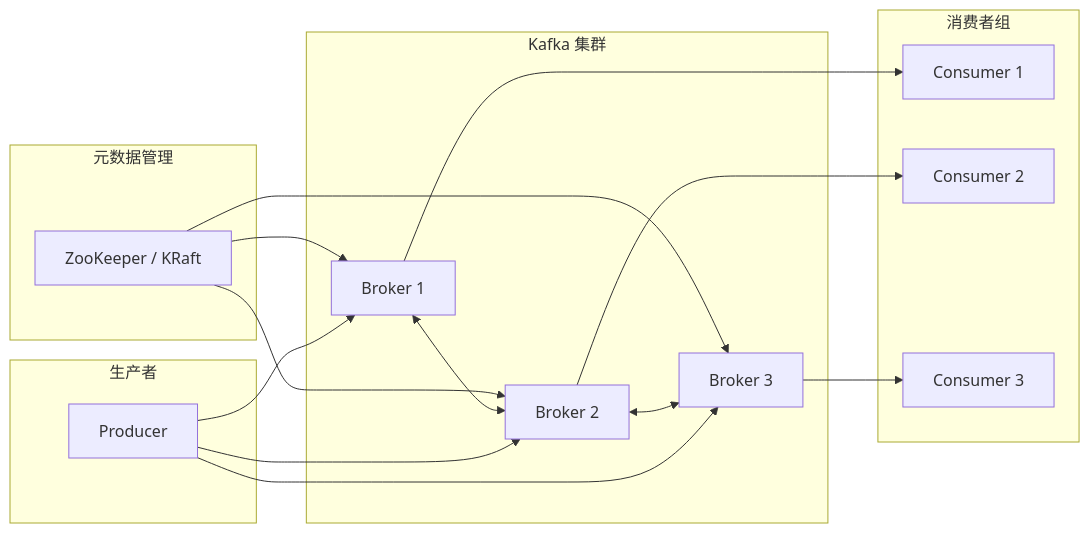
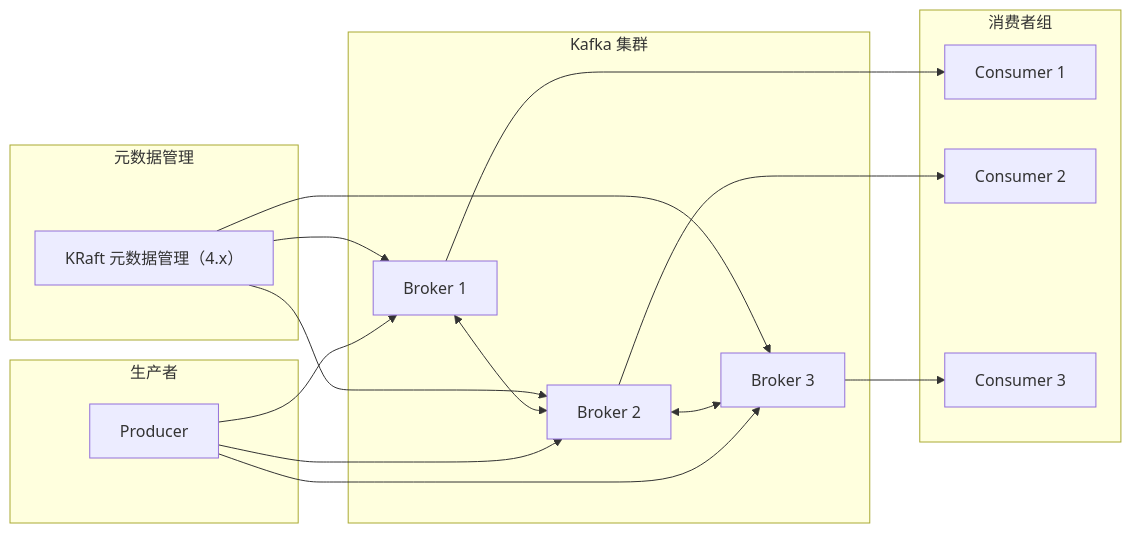
One commit to JingXu-Huan/learningnote changed the first of 11 diagrams in 技术栈/分布式与网络/微服务/消息队列/kafka-quickstart-章节/02-二、核心架构详解.md. Above: the diagram before and after it, drawn with Mermaid. The commit also changed other lines of this file and 13 other files, not shown here.

````diff
--- a/技术栈/分布式与网络/微服务/消息队列/kafka-quickstart-章节/02-二、核心架构详解.md
+++ b/技术栈/分布式与网络/微服务/消息队列/kafka-quickstart-章节/02-二、核心架构详解.md
@@ -5,37 +7,37 @@
 ```mermaid
 graph LR
     subgraph Producer["生产者"]
         P["Producer"]
     end
     
     subgraph Cluster["Kafka 集群"]
         B1["Broker 1"]
         B2["Broker 2"]
         B3["Broker 3"]
     end
     
     subgraph Registry["元数据管理"]
-        Z["ZooKeeper / KRaft"]
+        Z["KRaft 元数据管理（4.x）"]
     end
     
     subgraph Consumer["消费者组"]
         C1["Consumer 1"]
         C2["Consumer 2"]
         C3["Consumer 3"]
     end
     
     P --> B1
     P --> B2
     P --> B3
     
     B1 <--> B2
     B2 <--> B3
     
     Z --> B1
     Z --> B2
     Z --> B3
     
     B1 --> C1
     B2 --> C2
     B3 --> C3
 ```
````
